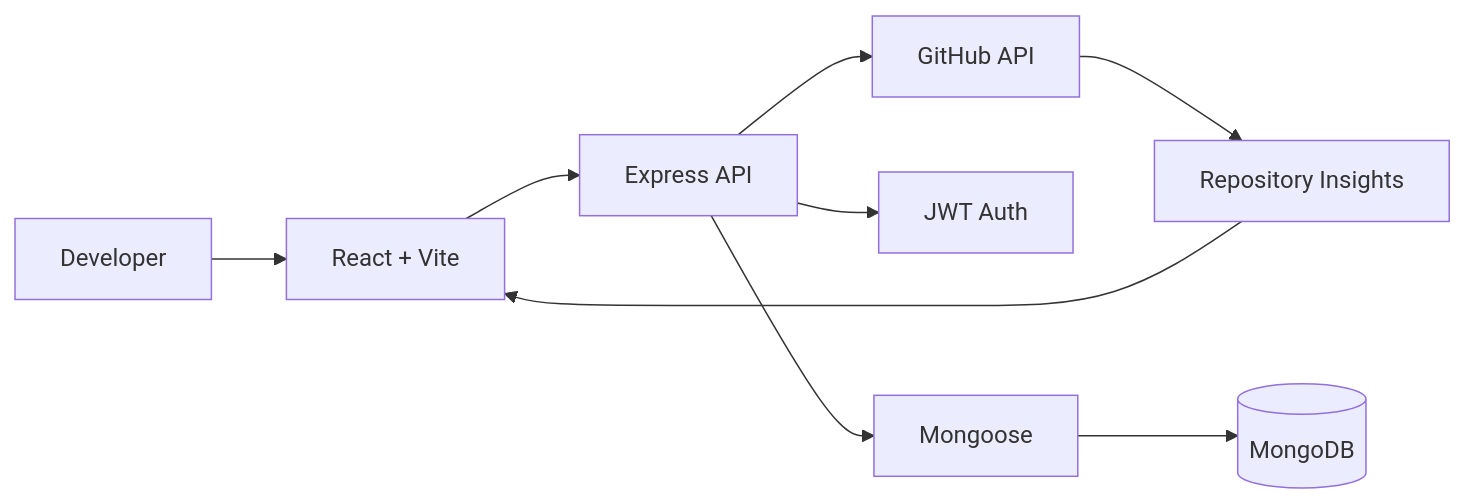
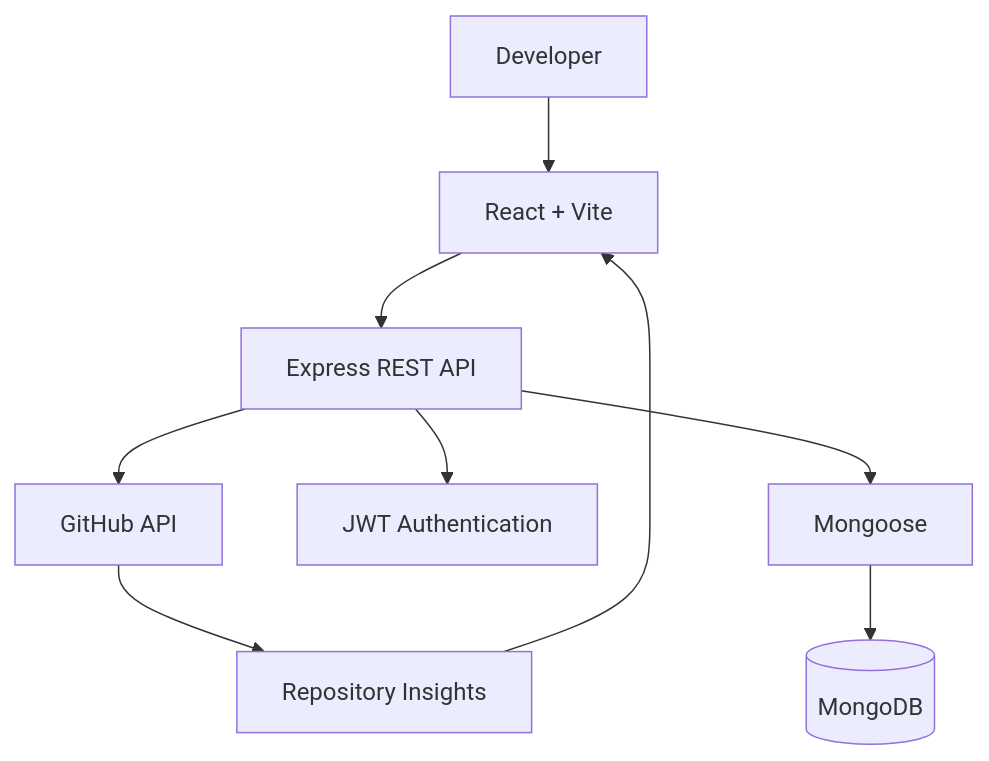
One commit to Priyanka170974/Priyanka170974 changed the diagram in README.md. Above: the diagram before and after it, drawn with Mermaid. The commit also changed other lines of this file, not shown here.

````diff
--- a/README.md
+++ b/README.md
@@ -51,11 +63,11 @@
-``` mermaid
-flowchart LR
+```mermaid
+flowchart TD
     A[Developer] --> B[React + Vite]
-    B --> C[Express API]
+    B --> C[Express REST API]
     C --> D[GitHub API]
-    C --> E[JWT Auth]
+    C --> E[JWT Authentication]
     C --> F[Mongoose]
     F --> G[(MongoDB)]
     D --> H[Repository Insights]
     H --> B
 ```
````
